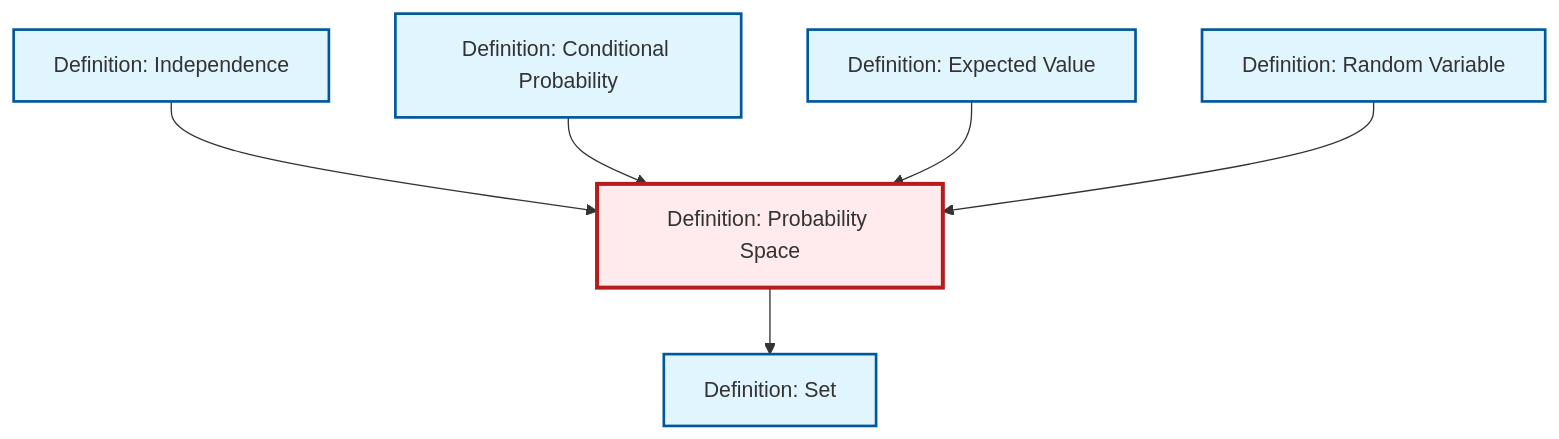
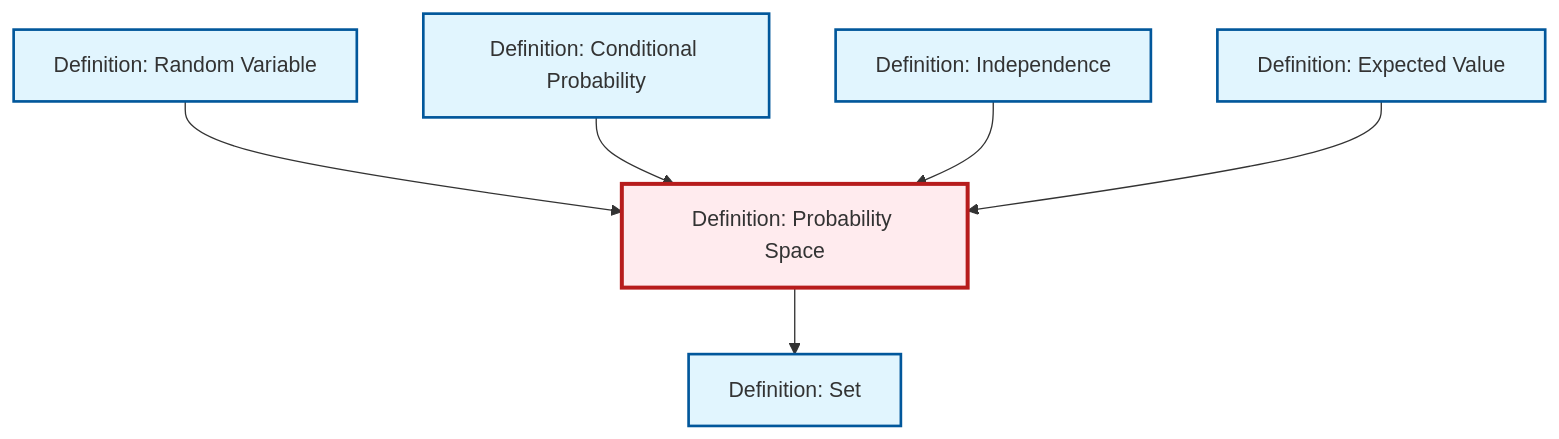
Before and after one commit to RK0429/ModernMath: the diagram in content/ja/probability-statistics/def-probability-space.qmd, drawn with Mermaid. The commit also changed other lines of this file and 360 other files, not shown here.

````diff
--- a/content/ja/probability-statistics/def-probability-space.qmd
+++ b/content/ja/probability-statistics/def-probability-space.qmd
@@ -47,26 +47,26 @@
 ```{mermaid}
 %%| fig-cap: "Local dependency graph"
 graph TD
     classDef definition fill:#e1f5fe,stroke:#01579b,stroke-width:2px
     classDef theorem fill:#f3e5f5,stroke:#4a148c,stroke-width:2px
     classDef axiom fill:#fff3e0,stroke:#e65100,stroke-width:2px
     classDef example fill:#e8f5e9,stroke:#1b5e20,stroke-width:2px
     classDef current fill:#ffebee,stroke:#b71c1c,stroke-width:3px
+    def-conditional-probability["Definition: Conditional Probability"]:::definition
+    def-probability-space["Definition: Probability Space"]:::definition
+    def-expectation["Definition: Expected Value"]:::definition
     def-set["Definition: Set"]:::definition
-    def-expectation["Definition: Expected Value"]:::definition
-    def-conditional-probability["Definition: Conditional Probability"]:::definition
     def-random-variable["Definition: Random Variable"]:::definition
     def-independence["Definition: Independence"]:::definition
-    def-probability-space["Definition: Probability Space"]:::definition
+    def-random-variable --> def-probability-space
+    def-conditional-probability --> def-probability-space
+    def-probability-space --> def-set
     def-independence --> def-probability-space
-    def-conditional-probability --> def-probability-space
     def-expectation --> def-probability-space
-    def-probability-space --> def-set
-    def-random-variable --> def-probability-space
     class def-probability-space current
+    click def-conditional-probability "def-conditional-probability.html" "Definition: Conditional Probabilityへ"
+    click def-expectation "def-expectation.html" "Definition: Expected Valueへ"
     click def-set "def-set.html" "Definition: Setへ"
-    click def-expectation "def-expectation.html" "Definition: Expected Valueへ"
-    click def-conditional-probability "def-conditional-probability.html" "Definition: Conditional Probabilityへ"
     click def-random-variable "def-random-variable.html" "Definition: Random Variableへ"
     click def-independence "def-independence.html" "Definition: Independenceへ"
 ```
````
